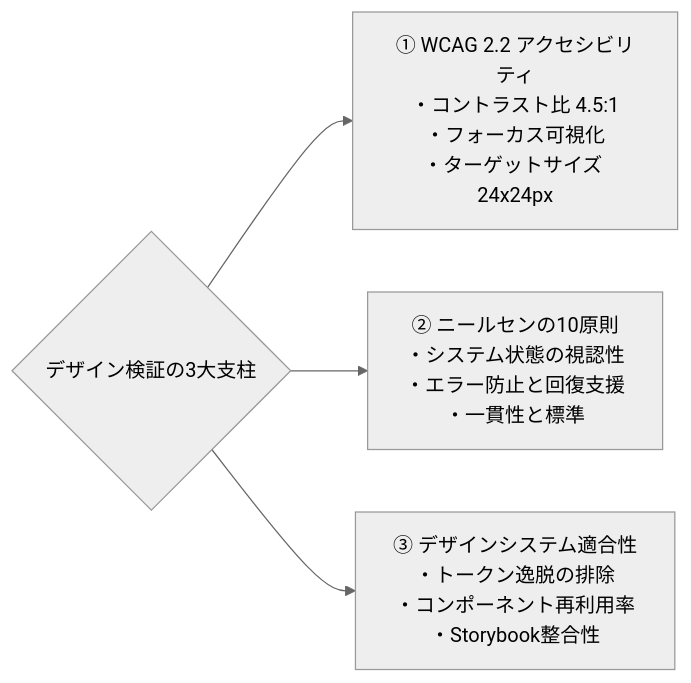
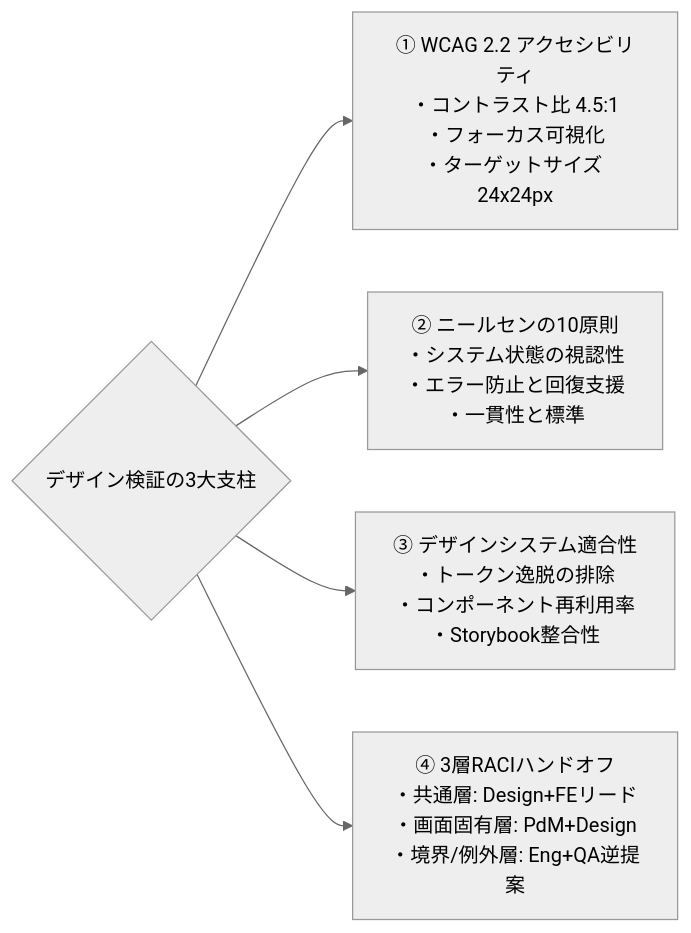
One commit to AnaharaYasuo/product-quality-management-book changed the second of 3 diagrams in manuscript/04_chapter4.md. Above: the diagram before and after it, drawn with Mermaid (neutral theme). The commit also changed other lines of this file and 24 other files, not shown here.

````diff
--- a/manuscript/04_chapter4.md
+++ b/manuscript/04_chapter4.md
@@ -41,7 +41,8 @@
 ```mermaid
 flowchart LR
     DesignReview{"デザイン検証の3大支柱"}
     DesignReview --> WCAG["① WCAG 2.2 アクセシビリティ<br>・コントラスト比 4.5:1<br>・フォーカス可視化<br>・ターゲットサイズ 24x24px"]
     DesignReview --> Nielsen["② ニールセンの10原則<br>・システム状態の視認性<br>・エラー防止と回復支援<br>・一貫性と標準"]
     DesignReview --> System["③ デザインシステム適合性<br>・トークン逸脱の排除<br>・コンポーネント再利用率<br>・Storybook整合性"]
+    DesignReview --> RACI["④ 3層RACIハンドオフ<br>・共通層: Design+FEリード<br>・画面固有層: PdM+Design<br>・境界/例外層: Eng+QA逆提案"]
 ```
````
